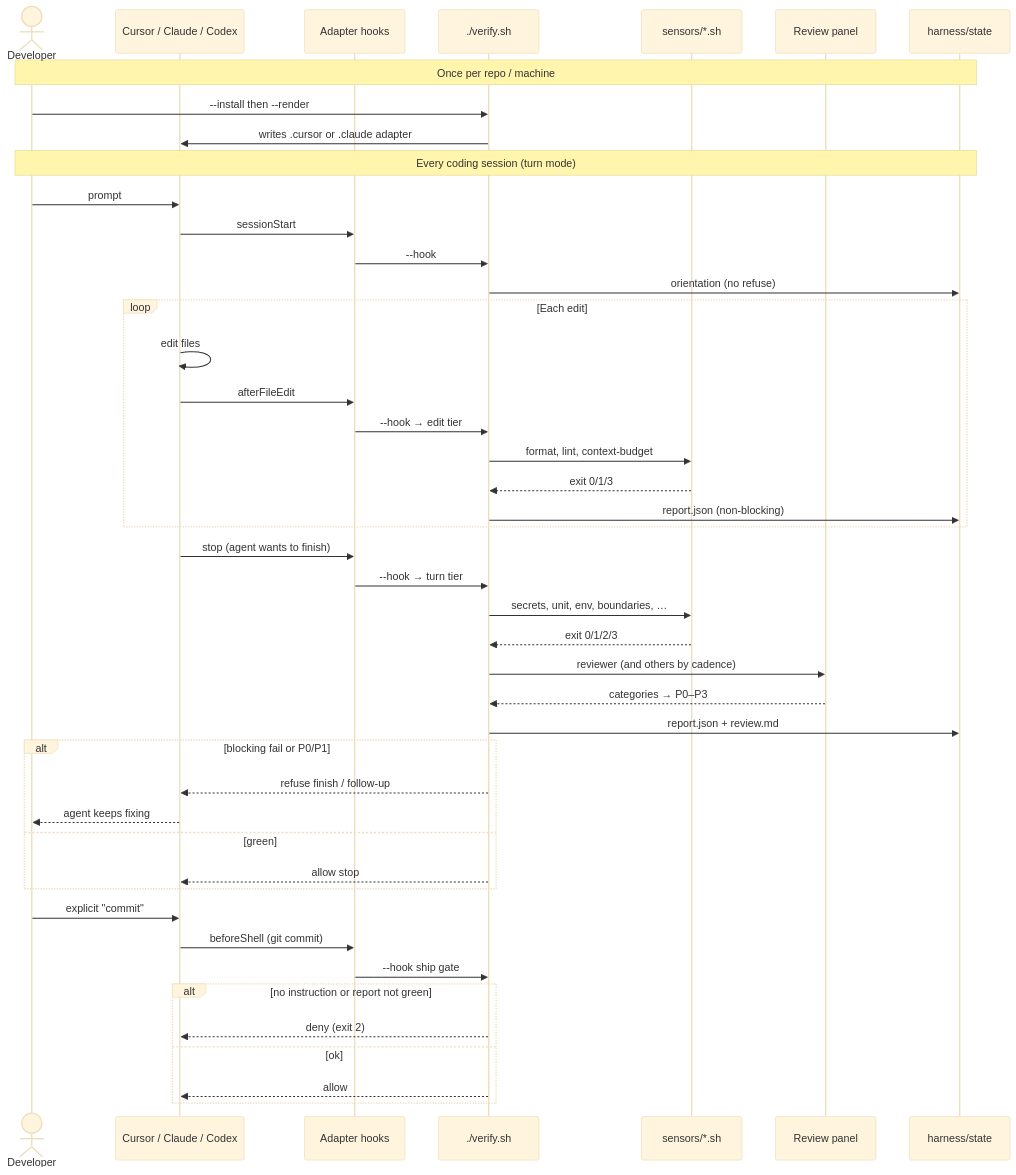
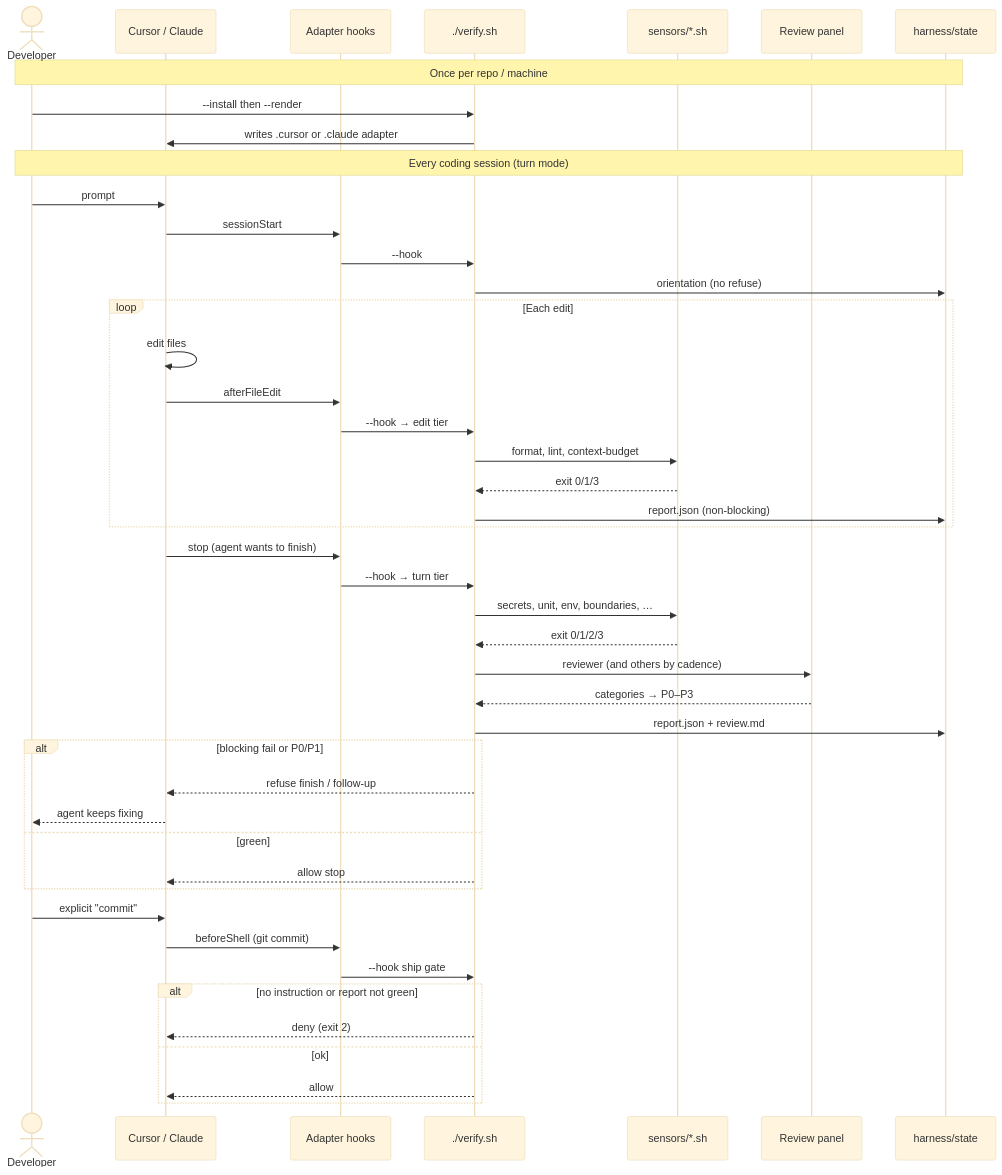
The second of 3 diagrams in README.md (lucamezzalira/harness-loop-engineering), drawn with Mermaid (base theme) before and after one commit. The commit also changed other lines of this file and 59 other files, not shown here.

````diff
--- a/README.md
+++ b/README.md
@@ -189,52 +188,52 @@
 ```mermaid
 sequenceDiagram
   actor Dev as Developer
-  participant Host as Cursor / Claude / Codex
+  participant Host as Cursor / Claude
   participant Hooks as Adapter hooks
   participant V as ./verify.sh
   participant Sensors as sensors/*.sh
   participant Panel as Review panel
   participant State as harness/state
 
   Note over Dev,State: Once per repo / machine
   Dev->>V: --install then --render
   V->>Host: writes .cursor or .claude adapter
 
   Note over Dev,State: Every coding session (turn mode)
   Dev->>Host: prompt
   Host->>Hooks: sessionStart
   Hooks->>V: --hook
   V->>State: orientation (no refuse)
 
   loop Each edit
     Host->>Host: edit files
     Host->>Hooks: afterFileEdit
     Hooks->>V: --hook → edit tier
     V->>Sensors: format, lint, context-budget
     Sensors-->>V: exit 0/1/3
     V->>State: report.json (non-blocking)
   end
 
   Host->>Hooks: stop (agent wants to finish)
   Hooks->>V: --hook → turn tier
   V->>Sensors: secrets, unit, env, boundaries, …
   Sensors-->>V: exit 0/1/2/3
   V->>Panel: reviewer (and others by cadence)
   Panel-->>V: categories → P0–P3
   V->>State: report.json + review.md
   alt blocking fail or P0/P1
     V-->>Host: refuse finish / follow-up
     Host-->>Dev: agent keeps fixing
   else green
     V-->>Host: allow stop
   end
 
   Dev->>Host: explicit "commit"
   Host->>Hooks: beforeShell (git commit)
   Hooks->>V: --hook ship gate
   alt no instruction or report not green
     V-->>Host: deny (exit 2)
   else ok
     V-->>Host: allow
   end
 ```
````
